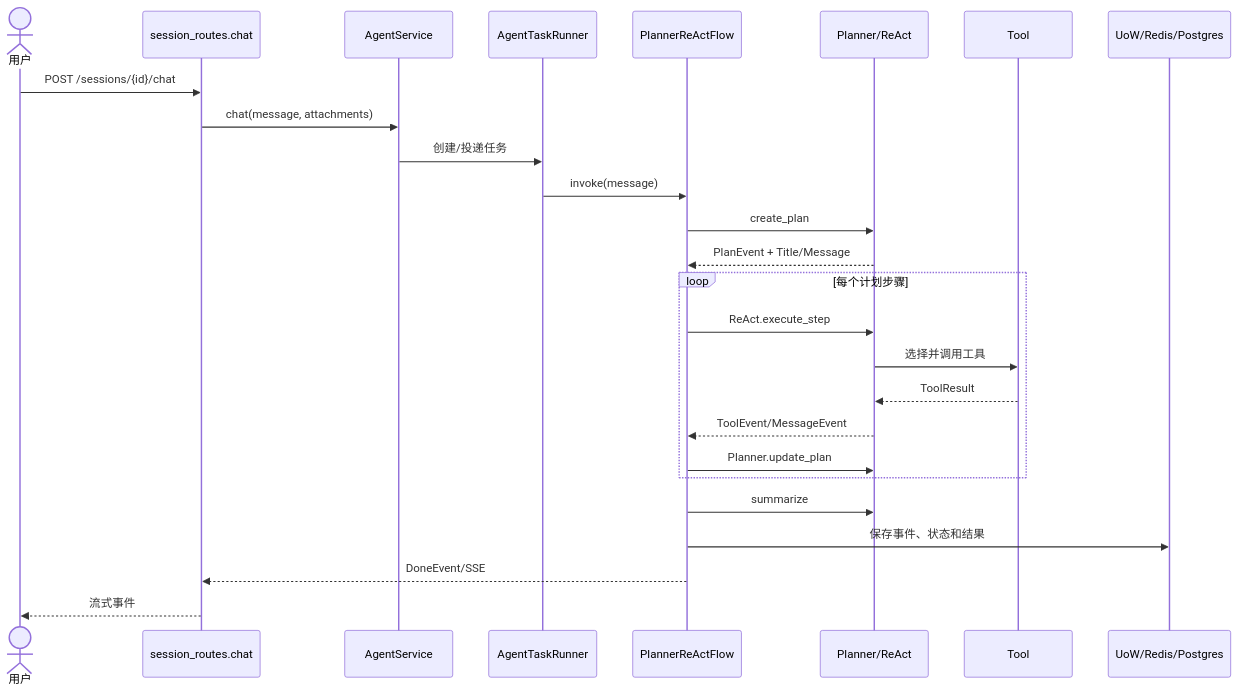
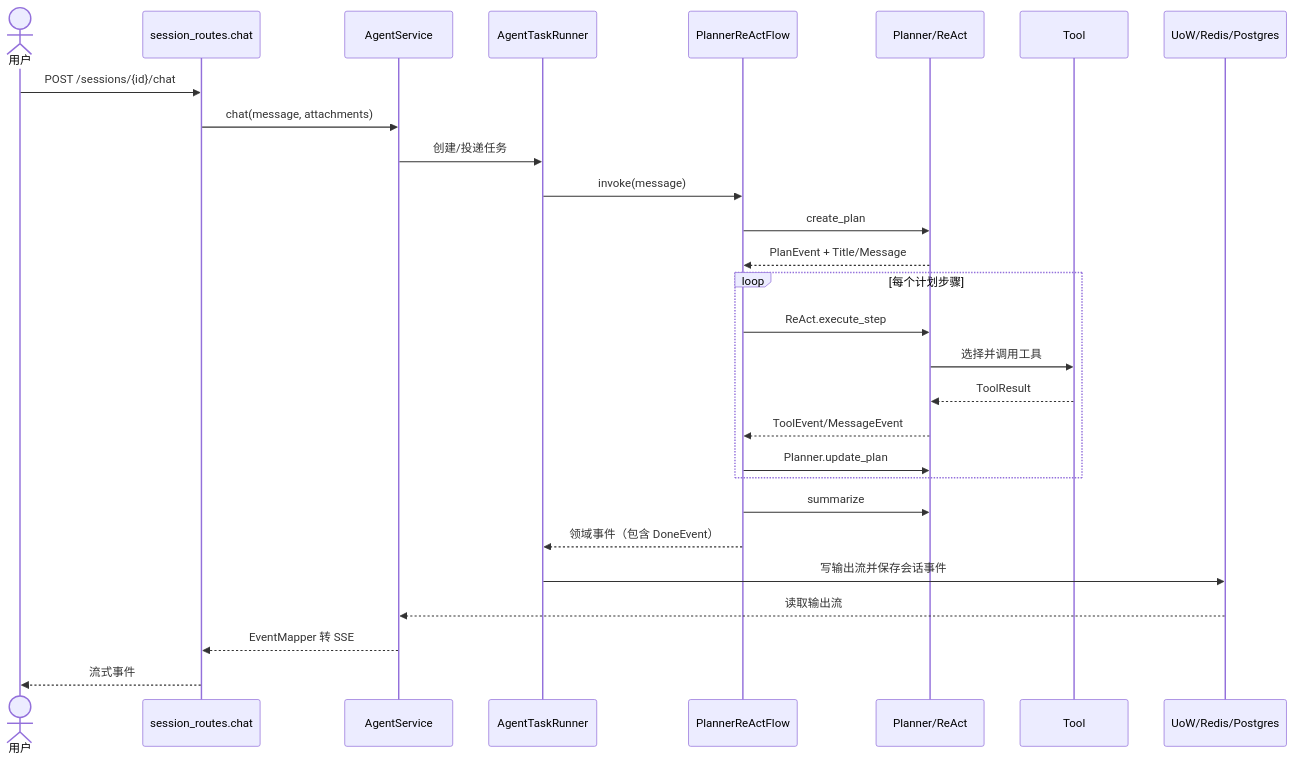
The diagram in workspaces/imooc-mas/foundation-core-flow-main.md (xinqingaa/agent-case), drawn with Mermaid before and after one commit. The commit also changed other lines of this file and 11 other files, not shown here.

````diff
--- a/workspaces/imooc-mas/foundation-core-flow-main.md
+++ b/workspaces/imooc-mas/foundation-core-flow-main.md
@@ -9,28 +9,30 @@
 ```mermaid
 sequenceDiagram
  actor U as 用户
  participant API as session_routes.chat
  participant S as AgentService
  participant R as AgentTaskRunner
  participant F as PlannerReActFlow
  participant L as Planner/ReAct
  participant T as Tool
  participant DB as UoW/Redis/Postgres
  U->>API: POST /sessions/{id}/chat
  API->>S: chat(message, attachments)
  S->>R: 创建/投递任务
  R->>F: invoke(message)
  F->>L: create_plan
  L-->>F: PlanEvent + Title/Message
  loop 每个计划步骤
    F->>L: ReAct.execute_step
    L->>T: 选择并调用工具
    T-->>L: ToolResult
    L-->>F: ToolEvent/MessageEvent
    F->>L: Planner.update_plan
  end
  F->>L: summarize
- F->>DB: 保存事件、状态和结果
- F-->>API: DoneEvent/SSE
+ F-->>R: 领域事件（包含 DoneEvent）
+ R->>DB: 写输出流并保存会话事件
+ DB-->>S: 读取输出流
+ S-->>API: EventMapper 转 SSE
  API-->>U: 流式事件
 ```
````
